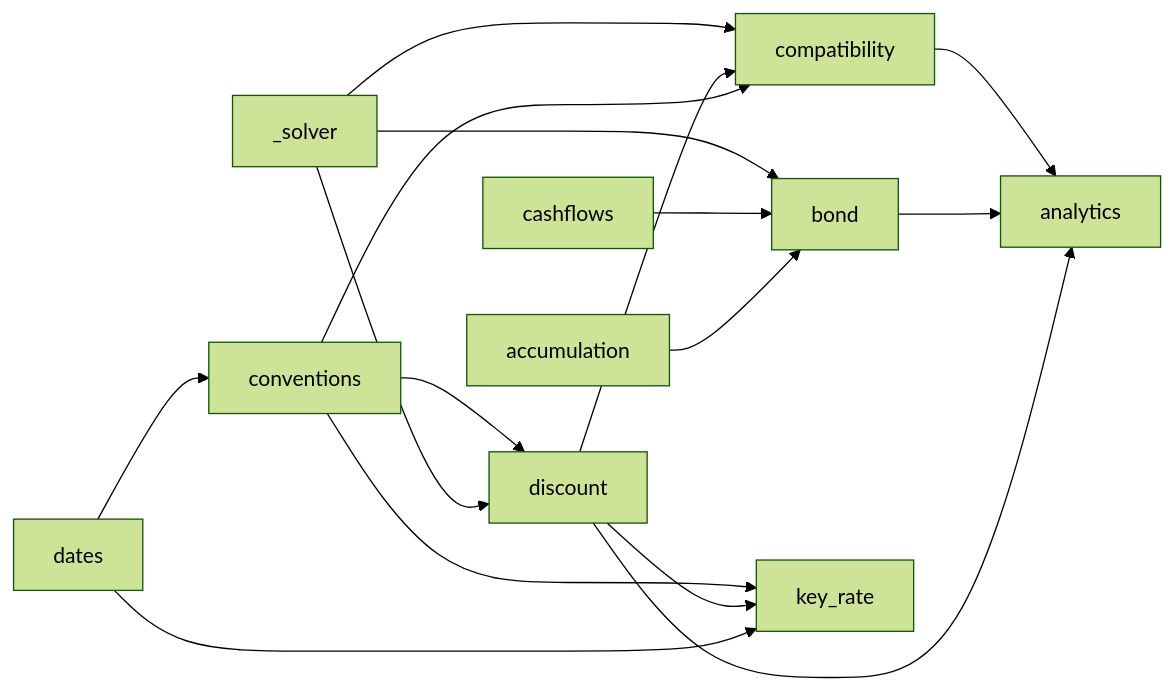
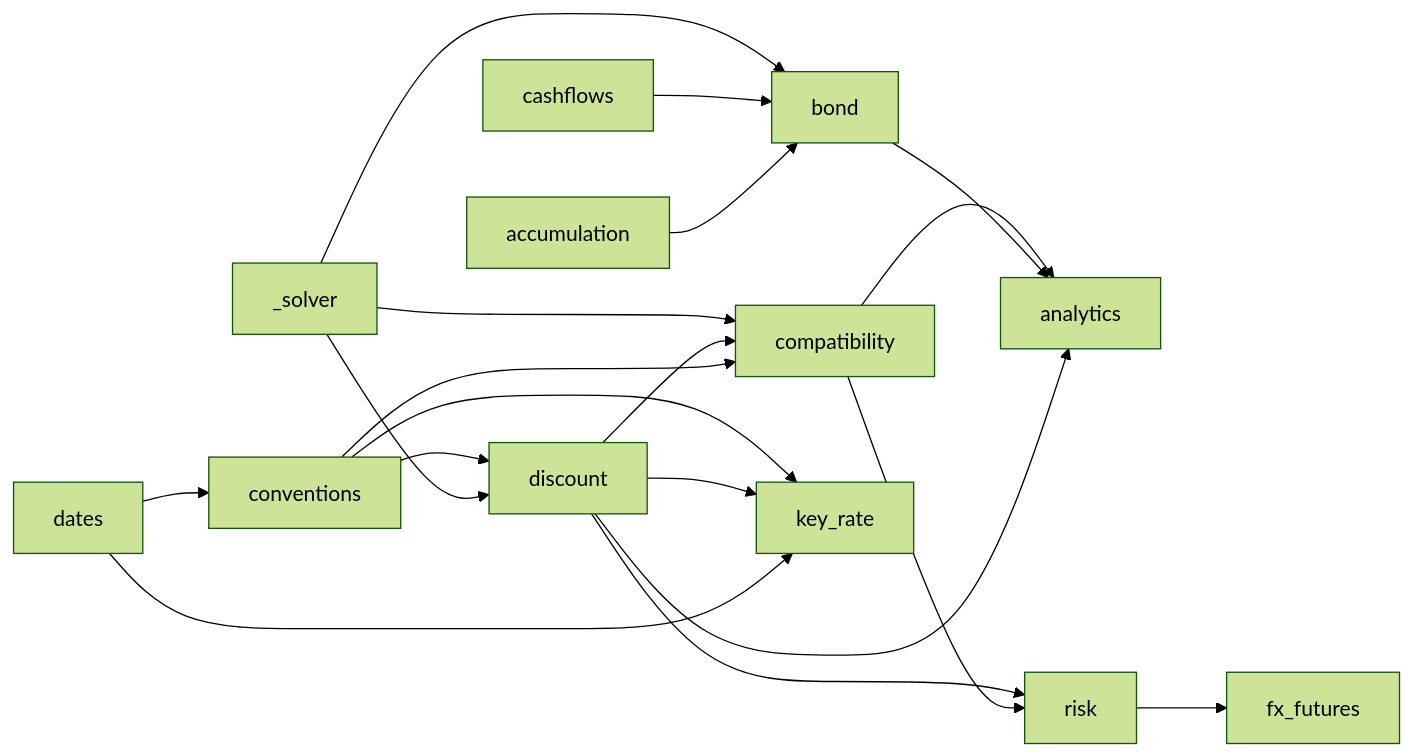
One commit to FlyingScotman/rub-fixed-income-core changed the diagram in docs/ARCHITECTURE.md. Above: the diagram before and after it, drawn with Mermaid (forest theme). The commit also changed other lines of this file and 12 other files, not shown here.

First line of the commit message:
Add FX futures rate, basis and spot risk (0.8.1)

````diff
--- a/docs/ARCHITECTURE.md
+++ b/docs/ARCHITECTURE.md
@@ -26,18 +28,21 @@
 ```mermaid
 graph LR
   dates --> conventions
   conventions --> discount
   _solver --> discount
   _solver --> bond
   _solver --> compatibility
   cashflows --> bond
   accumulation --> bond
   discount --> compatibility
   conventions --> compatibility
   compatibility --> analytics
   bond --> analytics
   discount --> analytics
   conventions --> key_rate
   discount --> key_rate
   dates --> key_rate
+  discount --> risk
+  compatibility --> risk
+  risk --> fx_futures
 ```
````
